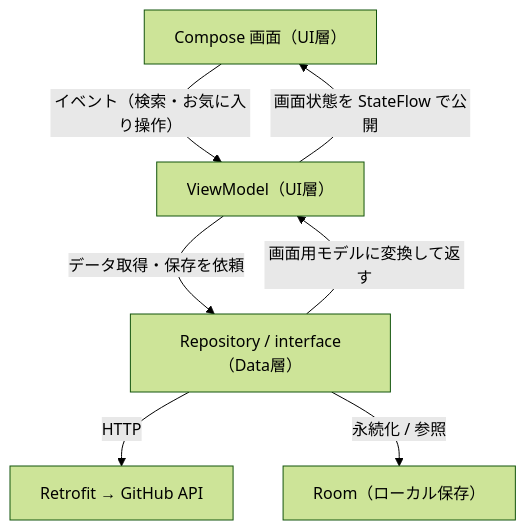
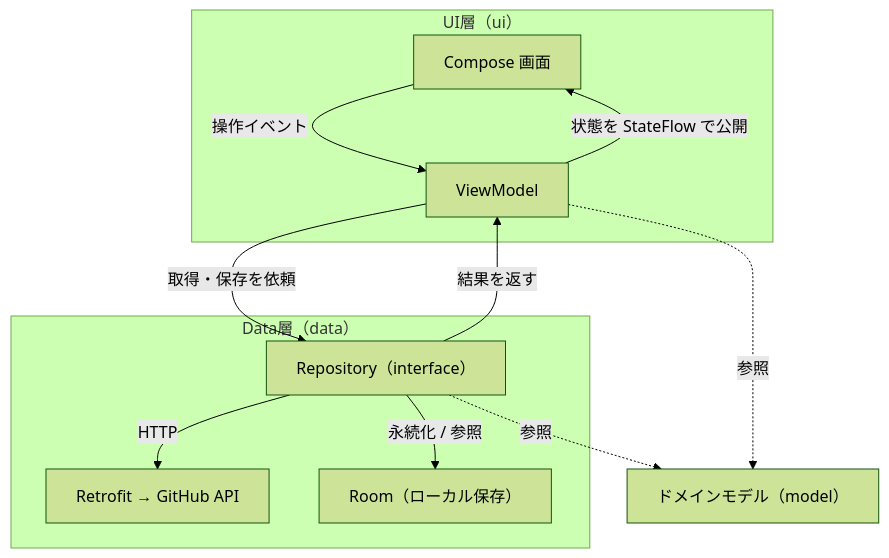
The diagram in README.md (sakurasano/github-repo-search), drawn with Mermaid (forest theme) before and after one commit. The commit also changed other lines of this file and 6 other files, not shown here.

````diff
--- a/README.md
+++ b/README.md
@@ -45,15 +53,25 @@
 ```mermaid
-flowchart TD
-    screen["Compose 画面（UI層）"]
-    vm["ViewModel（UI層）"]
-    repo["Repository / interface（Data層）"]
-    remote["Retrofit → GitHub API"]
-    local["Room（ローカル保存）"]
+flowchart TB
+    subgraph ui["UI層（ui）"]
+        screen["Compose 画面"]
+        vm["ViewModel"]
+    end
 
-    screen -- "イベント（検索・お気に入り操作）" --> vm
-    vm -- "画面状態を StateFlow で公開" --> screen
-    vm -- "データ取得・保存を依頼" --> repo
-    repo -- "画面用モデルに変換して返す" --> vm
-    repo -- "HTTP" --> remote
-    repo -- "永続化 / 参照" --> local
+    subgraph data["Data層（data）"]
+        repo["Repository（interface）"]
+        remote["Retrofit → GitHub API"]
+        local["Room（ローカル保存）"]
+    end
+
+    model["ドメインモデル（model）"]
+
+    screen -->|"操作イベント"| vm
+    vm -->|"状態を StateFlow で公開"| screen
+    vm -->|"取得・保存を依頼"| repo
+    repo -->|"結果を返す"| vm
+    repo -->|"HTTP"| remote
+    repo -->|"永続化 / 参照"| local
+
+    vm -.->|"参照"| model
+    repo -.->|"参照"| model
 ```
````
